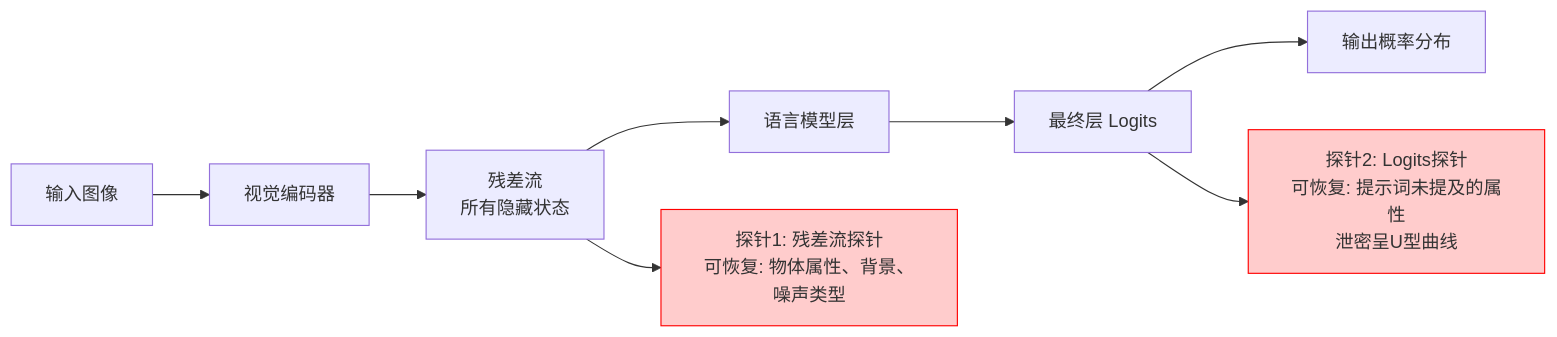
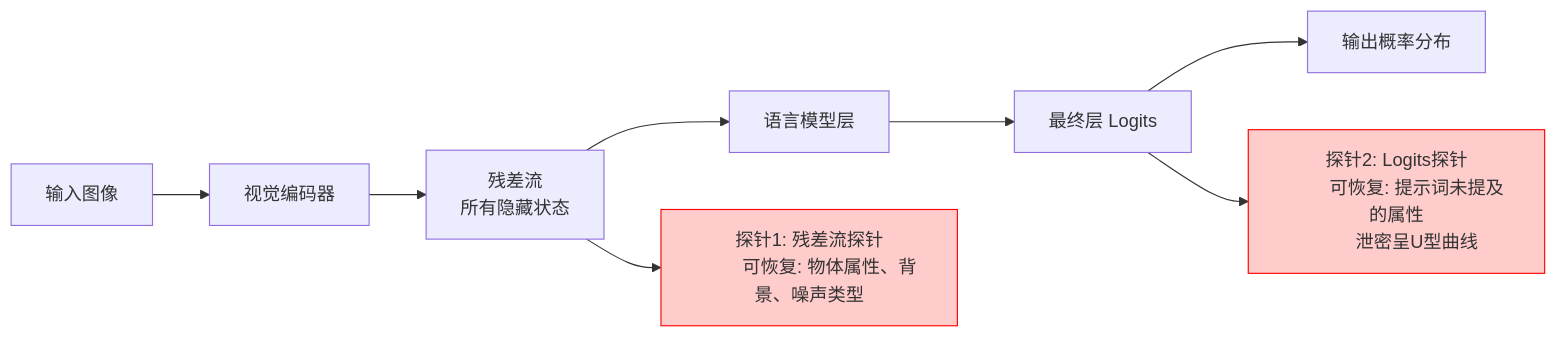
One commit to Lyr-GW/interview-docs changed the diagram in docs/topics/llm-probing.md. Above: the diagram before and after it, drawn with Mermaid. The commit also changed 7 other files, not shown here.

Commit message:
fix: replace mermaid <br/> with newlines to fix parsing under strict security mode

````diff
--- a/docs/topics/llm-probing.md
+++ b/docs/topics/llm-probing.md
@@ -46,14 +46,18 @@
 ```mermaid
 graph LR
     A[输入图像] --> B[视觉编码器]
-    B --> C[残差流<br/>所有隐藏状态]
+    B --> C[残差流
+        所有隐藏状态]
     C --> D[语言模型层]
     D --> E[最终层 Logits]
     E --> F[输出概率分布]
     
-    C --> G[探针1: 残差流探针<br/>可恢复: 物体属性、背景、噪声类型]
-    E --> H[探针2: Logits探针<br/>可恢复: 提示词未提及的属性<br/>泄密呈U型曲线]
+    C --> G[探针1: 残差流探针
+        可恢复: 物体属性、背景、噪声类型]
+    E --> H[探针2: Logits探针
+        可恢复: 提示词未提及的属性
+        泄密呈U型曲线]
     
     style G fill:#ffcccc,stroke:#ff0000
     style H fill:#ffcccc,stroke:#ff0000
 ```
````
